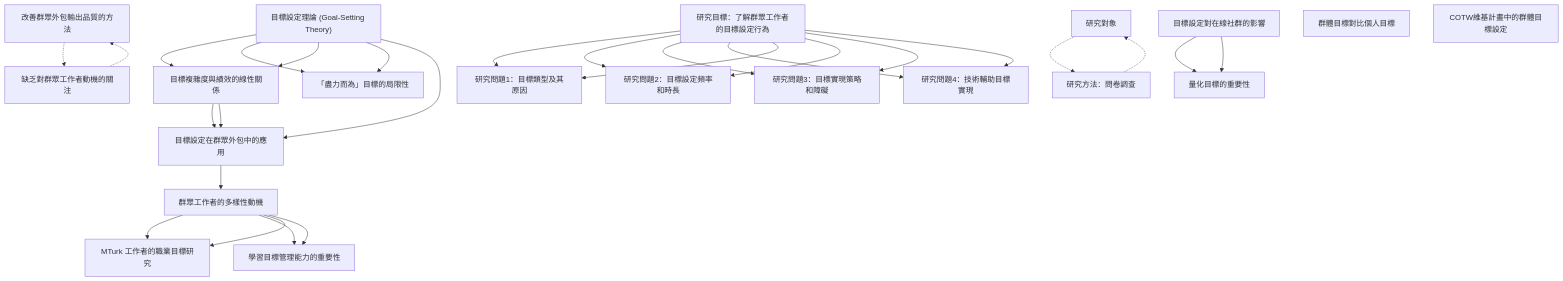
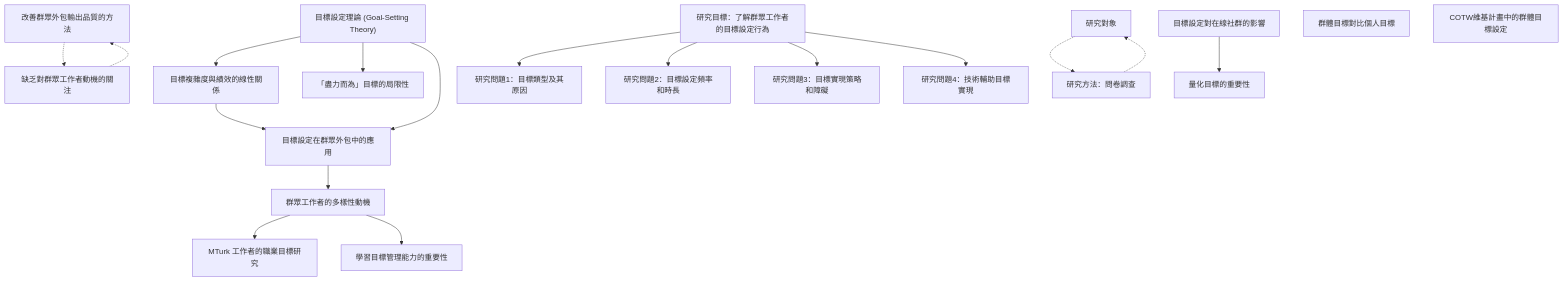
Before and after one commit to SCgeeker/Claude_Journal_Club_Agents: the diagram in output/zettelkasten_notes/zettel_Abbas-2022_20251104/zettel_index.md, drawn with Mermaid. The commit also changed 776 other files, not shown here.

````diff
--- a/output/zettelkasten_notes/zettel_Abbas-2022_20251104/zettel_index.md
+++ b/output/zettelkasten_notes/zettel_Abbas-2022_20251104/zettel_index.md
@@ -184,15 +184,12 @@
 
     Abbas-2022-001 --> Abbas-2022-003
 
-    Abbas-2022-001 --> Abbas-2022-002
 
     Abbas-2022-002 --> Abbas-2022-004
 
-    Abbas-2022-001 --> Abbas-2022-003
 
     Abbas-2022-001 --> Abbas-2022-004
 
-    Abbas-2022-002 --> Abbas-2022-004
 
     Abbas-2022-004 --> Abbas-2022-005
 
@@ -212,24 +209,11 @@
 
     Abbas-2022-008 --> Abbas-2022-012
 
-    Abbas-2022-008 --> Abbas-2022-009
-
-    Abbas-2022-008 --> Abbas-2022-010
-
-    Abbas-2022-008 --> Abbas-2022-011
-
-    Abbas-2022-008 --> Abbas-2022-012
-
     Abbas-2022-013 -.-> Abbas-2022-014
 
     Abbas-2022-014 -.-> Abbas-2022-013
 
     Abbas-2022-015 --> Abbas-2022-018
 
-    Abbas-2022-005 --> Abbas-2022-016
-
-    Abbas-2022-005 --> Abbas-2022-017
-
-    Abbas-2022-015 --> Abbas-2022-018
 
 ```
````
